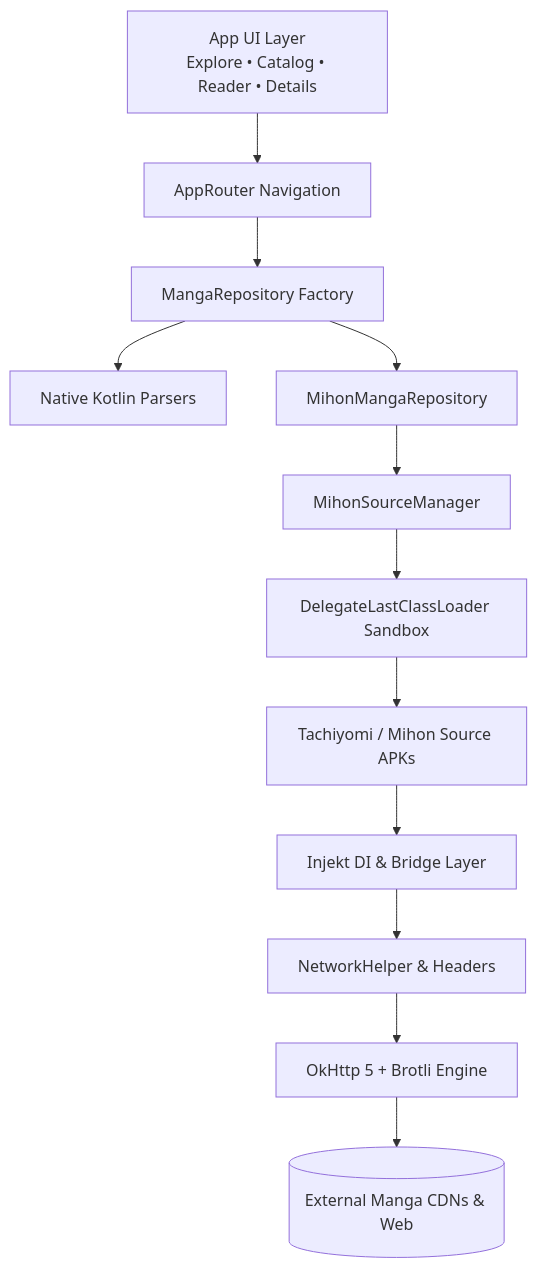
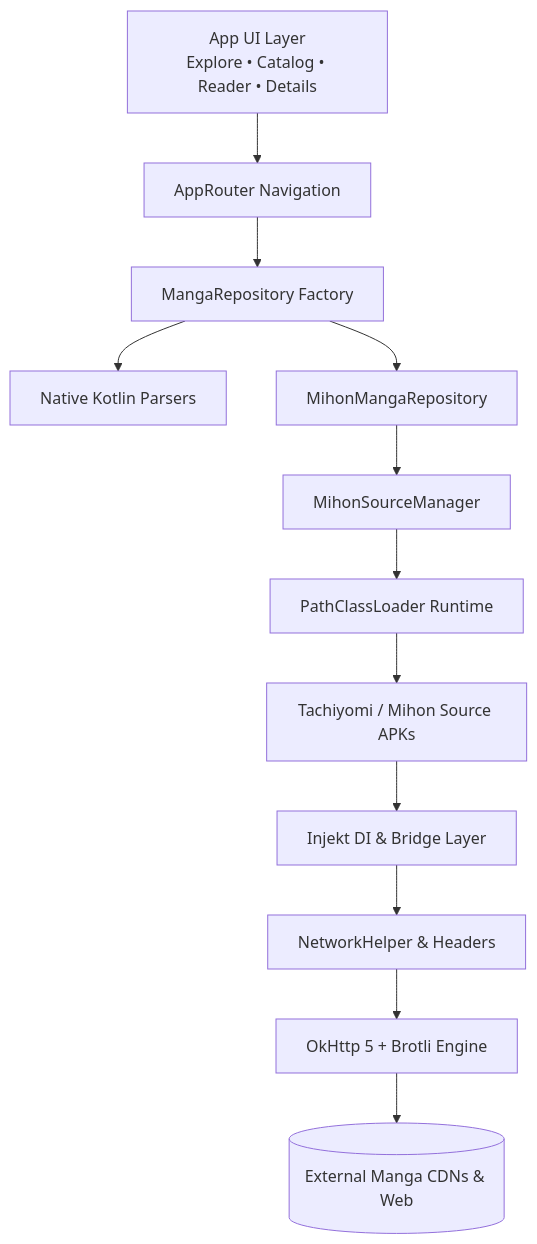
One commit to zeravrix/ZERAVRIX-Phone changed the diagram in README.md. Above: the diagram before and after it, drawn with Mermaid. The commit also changed other lines of this file and 7 other files, not shown here.

````diff
--- a/README.md
+++ b/README.md
@@ -60,17 +49,17 @@
 ```mermaid
 graph TD
     UI[App UI Layer<br/>Explore • Catalog • Reader • Details] --> Router[AppRouter Navigation]
     Router --> Repositories[MangaRepository Factory]
     
     Repositories --> NativeRepo[Native Kotlin Parsers]
     Repositories --> MihonRepo[MihonMangaRepository]
     
     MihonRepo --> SourceManager[MihonSourceManager]
-    SourceManager --> Sandbox[DelegateLastClassLoader Sandbox]
+    SourceManager --> Sandbox[PathClassLoader Runtime]
     Sandbox --> ExtAPK[Tachiyomi / Mihon Source APKs]
     
     ExtAPK --> Injekt[Injekt DI & Bridge Layer]
     Injekt --> NetworkHelper[NetworkHelper & Headers]
     NetworkHelper --> OkHttp[OkHttp 5 + Brotli Engine]
     OkHttp --> Internet[(External Manga CDNs & Web)]
 ```
````
